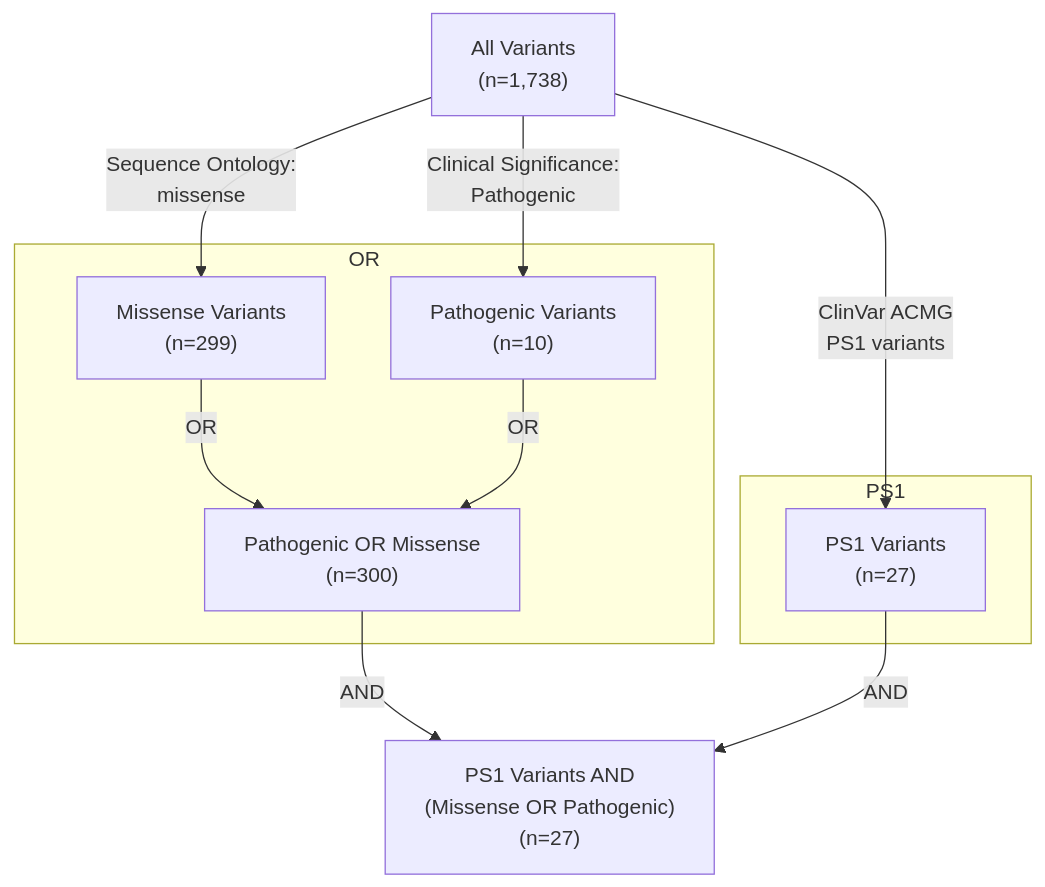
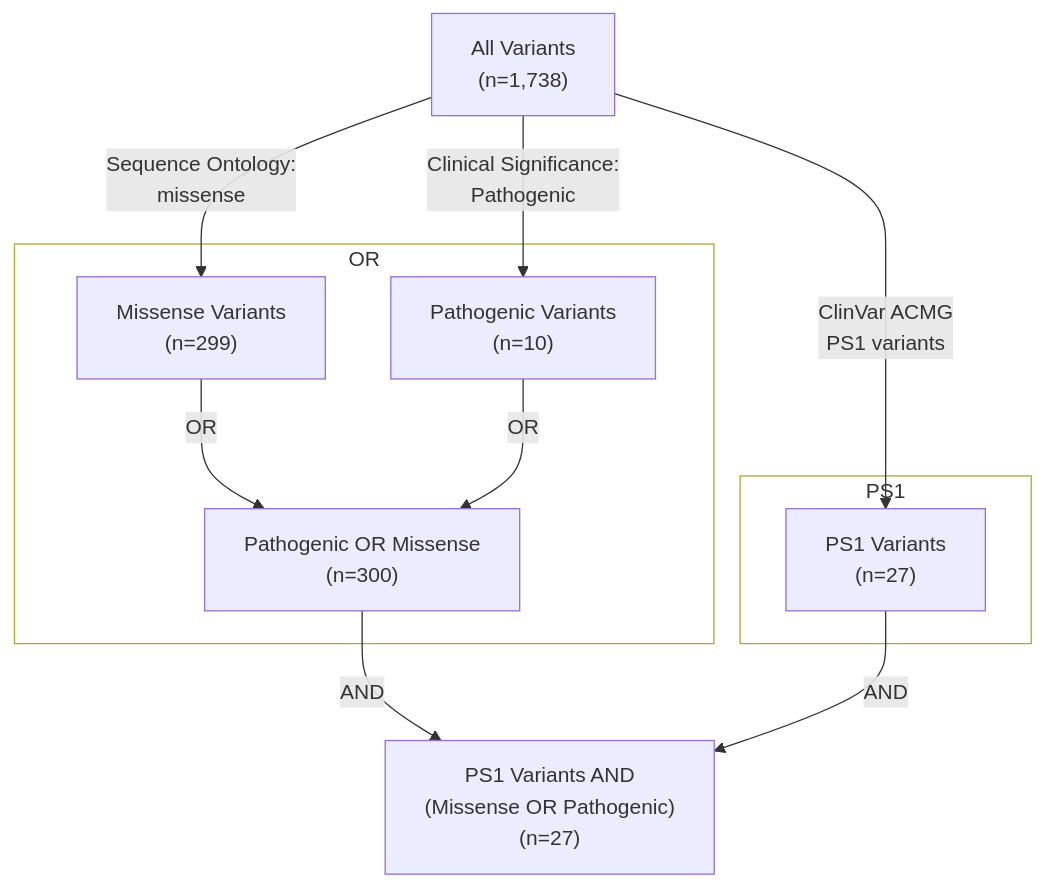
One commit to KarchinLab/oc_vignettes changed the seventh of 8 diagrams in filtering.qmd. Above: the diagram before and after it, drawn with Mermaid. The commit also changed 1 other file, not shown here.

````diff
--- a/filtering.qmd
+++ b/filtering.qmd
@@ -141,17 +141,20 @@
 ```{mermaid}
 graph TD
   A["All Variants\n(n=1,738)"]--"Sequence Ontology:\nmissense"--> B
   A --"Clinical Significance:\nPathogenic"--> C
   subgraph OR
   B["Missense Variants\n(n=299)"]
   C["Pathogenic Variants\n(n=10)"]
   B --"OR"--> E["Pathogenic OR Missense\n(n=300)"]
   C --"OR"--> E
   end
   subgraph PS1
   F["PS1 Variants\n(n=27)"]
   end
   E --"AND"--> G["PS1 Variants AND\n(Missense OR Pathogenic)\n(n=27)"]
   A --"ClinVar ACMG\nPS1 variants"--> F
   F --"AND"--> G
+  classDef White fill:#FFFFFF;
+  class PS1 White
+  class OR White
 ```
````
